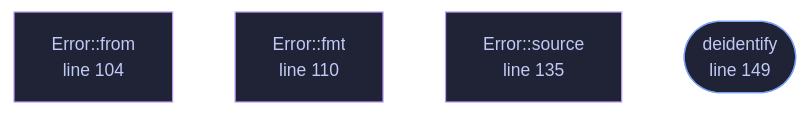
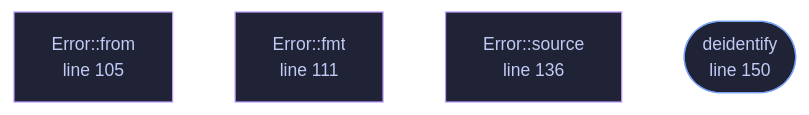
One commit to tilas01/veilvoice changed the diagram in docs/files/veilvoice-audio/lib.md. Above: the diagram before and after it, drawn with Mermaid. The commit also changed other lines of this file and 53 other files, not shown here.

````diff
--- a/docs/files/veilvoice-audio/lib.md
+++ b/docs/files/veilvoice-audio/lib.md
@@ -94,18 +94,18 @@
 ```mermaid
 %%{init: {"theme":"base","themeVariables":{"background":"#1a1b26","primaryColor":"#1f2335","primaryTextColor":"#c0caf5","primaryBorderColor":"#7aa2f7","secondaryColor":"#16161e","tertiaryColor":"#16161e","lineColor":"#737aa2","textColor":"#c0caf5","mainBkg":"#1f2335","nodeBorder":"#7aa2f7","clusterBkg":"#16161e","clusterBorder":"#2f3549","fontFamily":"ui-monospace, SFMono-Regular, Consolas, monospace","fontSize":"14px"}}}%%
 flowchart TD
-    n_from["Error::from<br/>line 98"]
-    n_from["Error::from<br/>line 104"]
-    n_fmt["Error::fmt<br/>line 110"]
-    n_source["Error::source<br/>line 135"]
-    n_deidentify(["deidentify<br/>line 149"])
-    click n_from href "https://github.com/tilas01/veilvoice/blob/main/crates/veilvoice-audio/src/lib.rs#L98" "open the source"
-    click n_from href "https://github.com/tilas01/veilvoice/blob/main/crates/veilvoice-audio/src/lib.rs#L104" "open the source"
-    click n_fmt href "https://github.com/tilas01/veilvoice/blob/main/crates/veilvoice-audio/src/lib.rs#L110" "open the source"
-    click n_source href "https://github.com/tilas01/veilvoice/blob/main/crates/veilvoice-audio/src/lib.rs#L135" "open the source"
-    click n_deidentify href "https://github.com/tilas01/veilvoice/blob/main/crates/veilvoice-audio/src/lib.rs#L149" "open the source"
+    n_from["Error::from<br/>line 99"]
+    n_from["Error::from<br/>line 105"]
+    n_fmt["Error::fmt<br/>line 111"]
+    n_source["Error::source<br/>line 136"]
+    n_deidentify(["deidentify<br/>line 150"])
+    click n_from href "https://github.com/tilas01/veilvoice/blob/main/crates/veilvoice-audio/src/lib.rs#L99" "open the source"
+    click n_from href "https://github.com/tilas01/veilvoice/blob/main/crates/veilvoice-audio/src/lib.rs#L105" "open the source"
+    click n_fmt href "https://github.com/tilas01/veilvoice/blob/main/crates/veilvoice-audio/src/lib.rs#L111" "open the source"
+    click n_source href "https://github.com/tilas01/veilvoice/blob/main/crates/veilvoice-audio/src/lib.rs#L136" "open the source"
+    click n_deidentify href "https://github.com/tilas01/veilvoice/blob/main/crates/veilvoice-audio/src/lib.rs#L150" "open the source"
     classDef entry fill:#1f2335,stroke:#7aa2f7,color:#c0caf5
     class n_deidentify entry
     classDef helper fill:#1f2335,stroke:#bb9af7,color:#c0caf5
     class n_from,n_from,n_fmt,n_source helper
 ```
````
